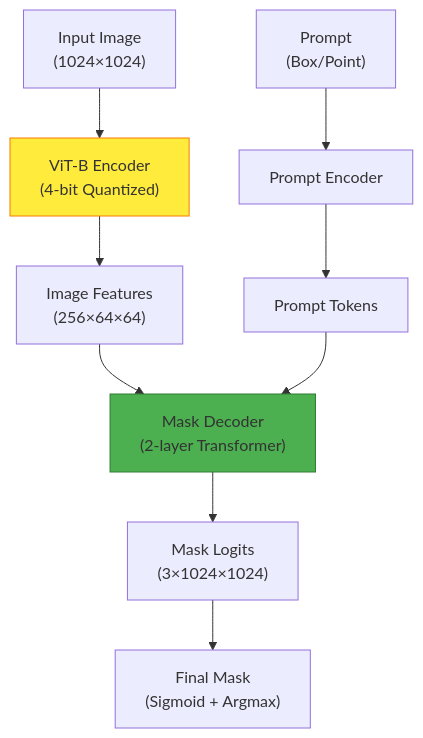
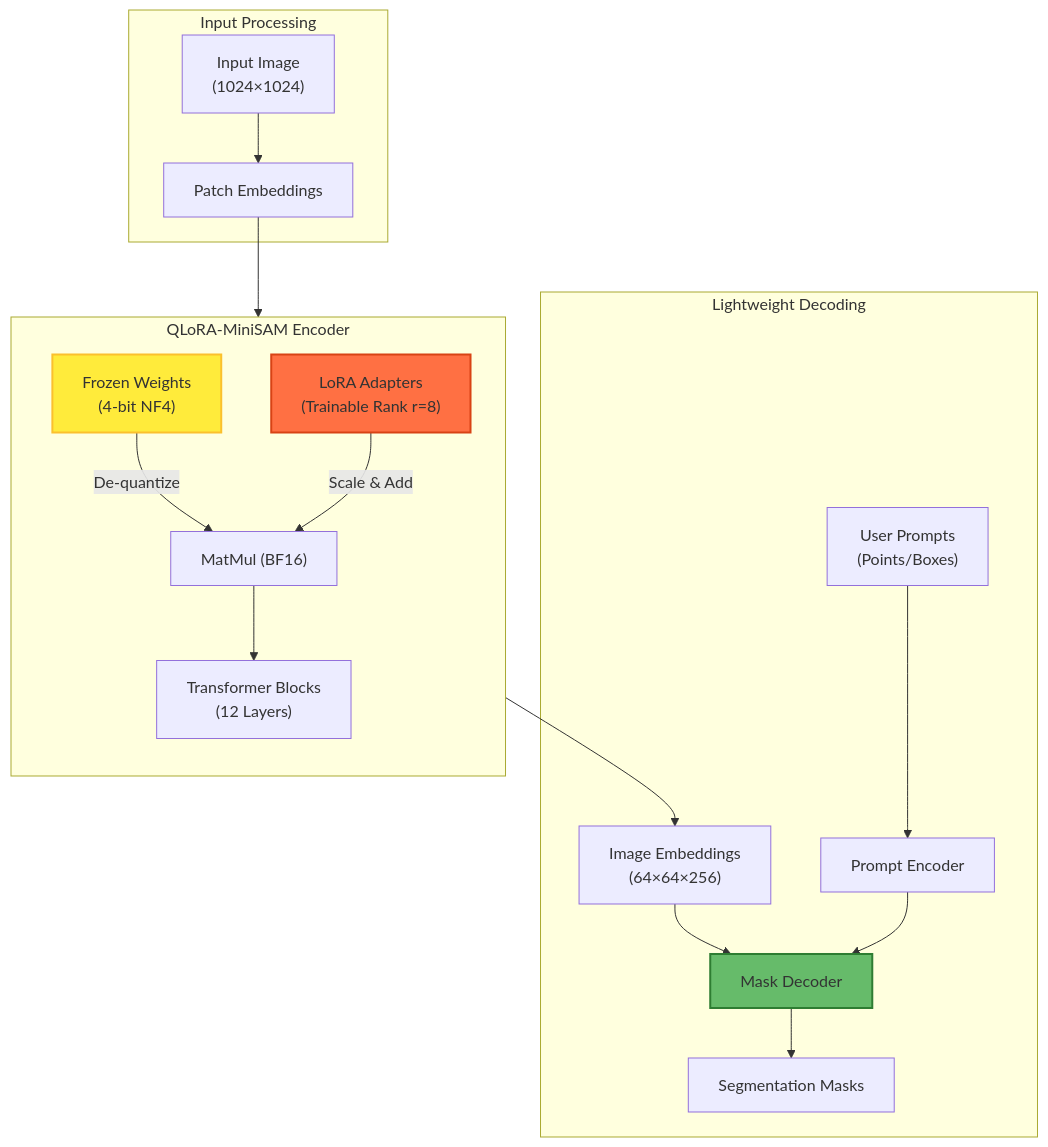
Before and after one commit to Tekraj15/QLoRA-MiniSAM: the first of 2 diagrams in README.md, drawn with Mermaid. The commit also changed other lines of this file, not shown here.

Commit message:
Made improvements and added details in the Architecture and training workflow

````diff
--- a/README.md
+++ b/README.md
@@ -39,16 +39,28 @@
 ```mermaid
 flowchart TD
-    A["Input Image<br/>(1024×1024)"] --> B["ViT-B Encoder<br/>(4-bit Quantized)"]
-    B --> C["Image Features<br/>(256×64×64)"]
+    subgraph Input Processing
+    I["Input Image<br/>(1024×1024)"] --> P["Patch Embeddings"]
+    end
+
+    subgraph QLoRA-MiniSAM Encoder
+    direction TB
+    W["Frozen Weights<br/>(4-bit NF4)"] --"De-quantize"--> M["MatMul (BF16)"]
+    L["LoRA Adapters<br/>(Trainable Rank r=8)"] --"Scale & Add"--> M
+    P --> M
+    M --> F["Transformer Blocks<br/>(12 Layers)"]
+    end
+
+    subgraph Lightweight Decoding
+    F --> E["Image Embeddings<br/>(64×64×256)"]
     
-    D["Prompt<br/>(Box/Point)"] --> E[Prompt Encoder]
-    E --> F[Prompt Tokens]
+    U["User Prompts<br/>(Points/Boxes)"] --> PE["Prompt Encoder"]
     
-    C --> G["Mask Decoder<br/>(2-layer Transformer)"]
-    F --> G
-    G --> H["Mask Logits<br/>(3×1024×1024)"]
-    H --> I["Final Mask<br/>(Sigmoid + Argmax)"]
+    E --> D["Mask Decoder"]
+    PE --> D
+    D --> O["Segmentation Masks"]
+    end
 
-    style B fill:#ffeb3b,stroke:#f57c00
-    style G fill:#4caf50,stroke:#2e7d32
+    style W fill:#ffeb3b,stroke:#fbc02d,stroke-width:2px
+    style L fill:#ff7043,stroke:#d84315,stroke-width:2px
+    style D fill:#66bb6a,stroke:#2e7d32,stroke-width:2px
 ```
````
